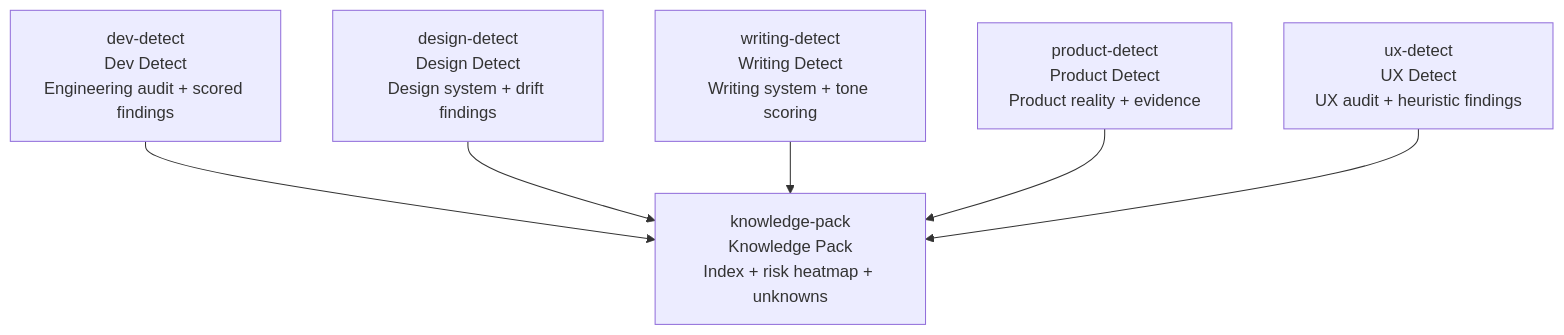
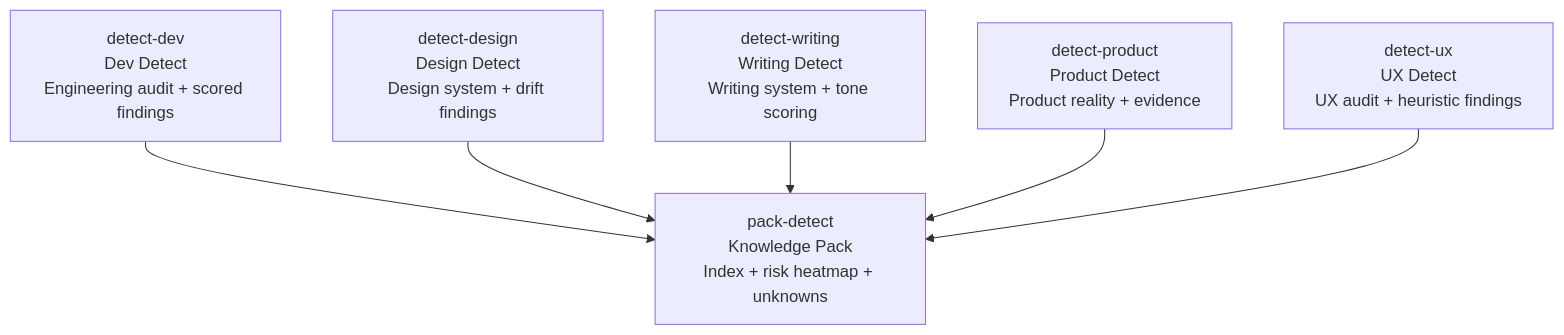
Before and after one commit to parhumm/jaan-to: the diagram in docs/roadmap/tasks/role-skills/detect.md, drawn with Mermaid. The commit also changed other lines of this file and 11 other files, not shown here.

````diff
--- a/docs/roadmap/tasks/role-skills/detect.md
+++ b/docs/roadmap/tasks/role-skills/detect.md
@@ -14,8 +16,8 @@
 ```mermaid
 flowchart TD
-    jaan-to-dev-detect["dev-detect<br>Dev Detect<br>Engineering audit + scored findings"] --> jaan-to-knowledge-pack["knowledge-pack<br>Knowledge Pack<br>Index + risk heatmap + unknowns"]
-    jaan-to-design-detect["design-detect<br>Design Detect<br>Design system + drift findings"] --> jaan-to-knowledge-pack
-    jaan-to-writing-detect["writing-detect<br>Writing Detect<br>Writing system + tone scoring"] --> jaan-to-knowledge-pack
-    jaan-to-product-detect["product-detect<br>Product Detect<br>Product reality + evidence"] --> jaan-to-knowledge-pack
-    jaan-to-ux-detect["ux-detect<br>UX Detect<br>UX audit + heuristic findings"] --> jaan-to-knowledge-pack
+    jaan-to-detect-dev["detect-dev<br>Dev Detect<br>Engineering audit + scored findings"] --> jaan-to-pack-detect["pack-detect<br>Knowledge Pack<br>Index + risk heatmap + unknowns"]
+    jaan-to-detect-design["detect-design<br>Design Detect<br>Design system + drift findings"] --> jaan-to-pack-detect
+    jaan-to-detect-writing["detect-writing<br>Writing Detect<br>Writing system + tone scoring"] --> jaan-to-pack-detect
+    jaan-to-detect-product["detect-product<br>Product Detect<br>Product reality + evidence"] --> jaan-to-pack-detect
+    jaan-to-detect-ux["detect-ux<br>UX Detect<br>UX audit + heuristic findings"] --> jaan-to-pack-detect
 ```
````
